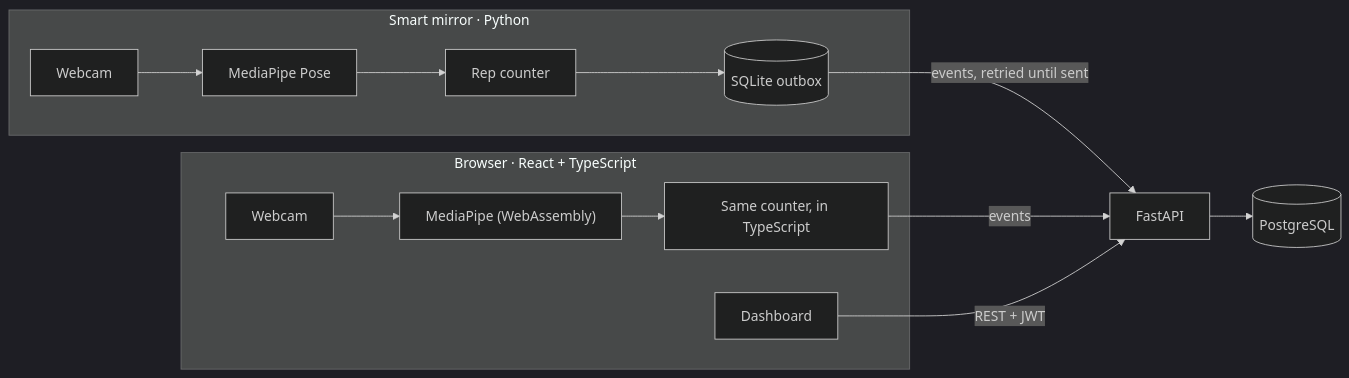
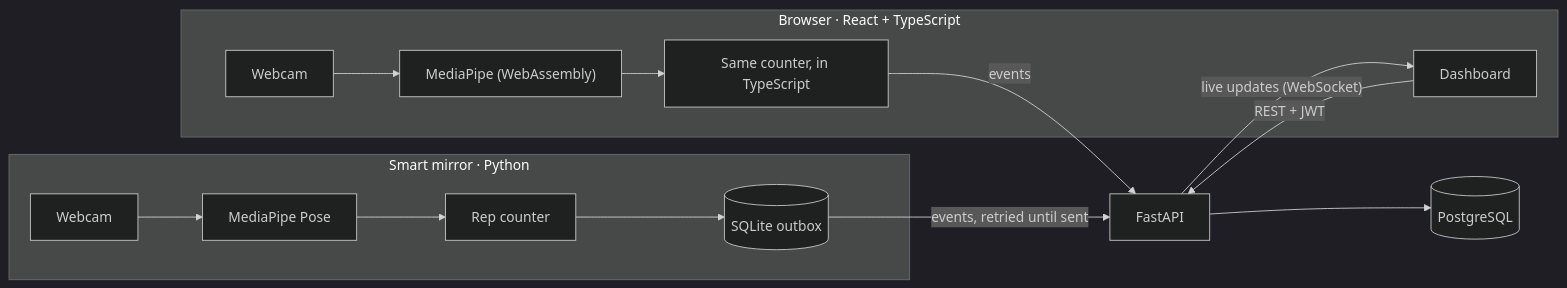
The diagram in README.md (grg1582/EasyWeight), drawn with Mermaid (dark theme) before and after one commit. The commit also changed other lines of this file and 52 other files, not shown here.

````diff
--- a/README.md
+++ b/README.md
@@ -40,14 +42,15 @@
 ```mermaid
 flowchart LR
   subgraph mirror["Smart mirror · Python"]
     cam1["Webcam"] --> pose1["MediaPipe Pose"] --> count1["Rep counter"] --> outbox[("SQLite outbox")]
   end
   subgraph browser["Browser · React + TypeScript"]
     cam2["Webcam"] --> pose2["MediaPipe (WebAssembly)"] --> count2["Same counter, in TypeScript"]
     dash["Dashboard"]
   end
   outbox -- "events, retried until sent" --> api["FastAPI"]
   count2 -- events --> api
   dash -- "REST + JWT" --> api
+  api -- "live updates (WebSocket)" --> dash
   api --> db[("PostgreSQL")]
 ```
````
